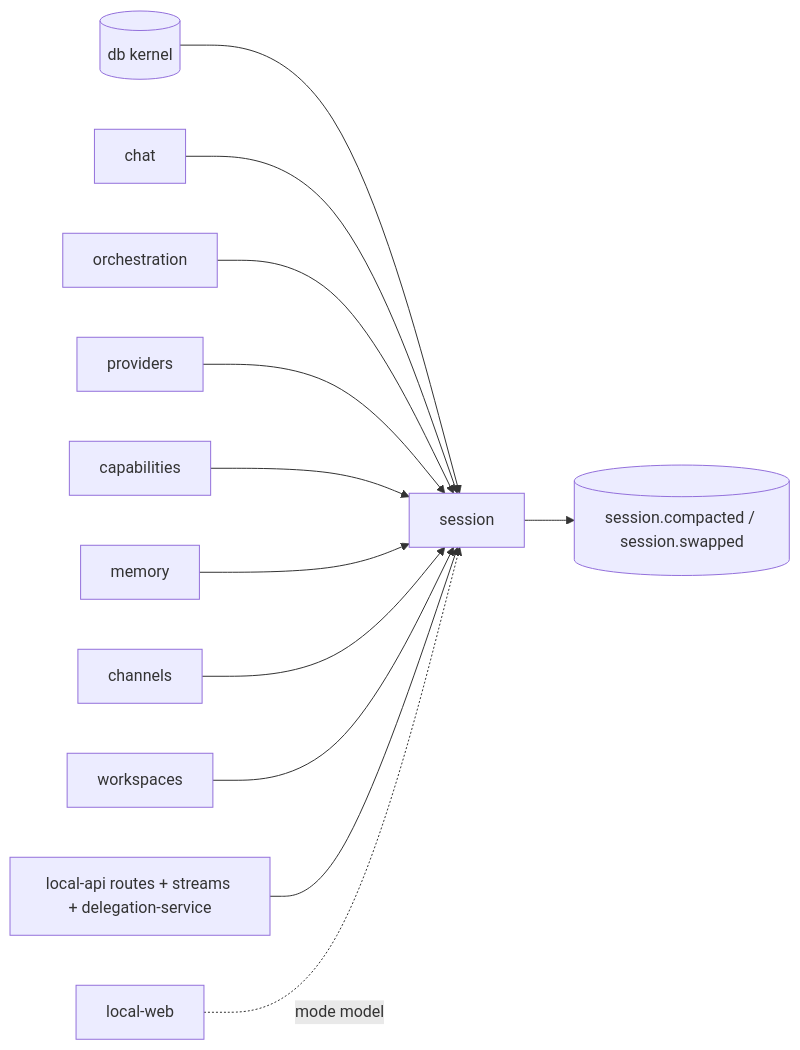
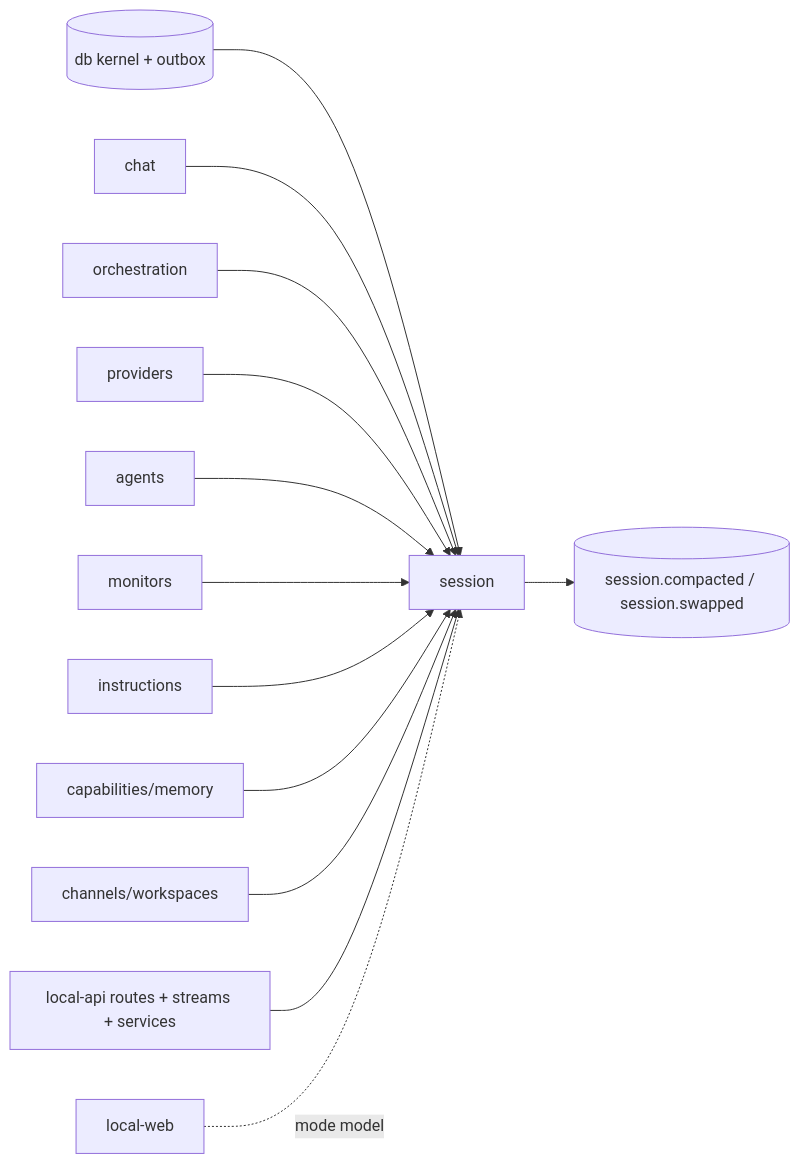
Before and after one commit to chadnicely/Vynel-Demo: the second of 2 diagrams in .claude/docs/session/structure.md, drawn with Mermaid. The commit also changed other lines of this file and 3 other files, not shown here.

````diff
--- a/.claude/docs/session/structure.md
+++ b/.claude/docs/session/structure.md
@@ -234,14 +371,15 @@
 ```mermaid
 flowchart LR
-    db[(db kernel)] --> S[session]
+    db[(db kernel + outbox)] --> S[session]
     chat[chat] --> S
     orch[orchestration] --> S
     prov[providers] --> S
-    caps[capabilities] --> S
-    mem[memory] --> S
-    ch[channels] --> S
-    ws[workspaces] --> S
+    agents[agents] --> S
+    mon[monitors] --> S
+    instr[instructions] --> S
+    caps[capabilities/memory] --> S
+    ch[channels/workspaces] --> S
     S --> obx[(session.compacted / session.swapped)]
-    api[local-api routes + streams + delegation-service] --> S
+    api[local-api routes + streams + services] --> S
     web[local-web] -. mode model .-> S
 ```
````
